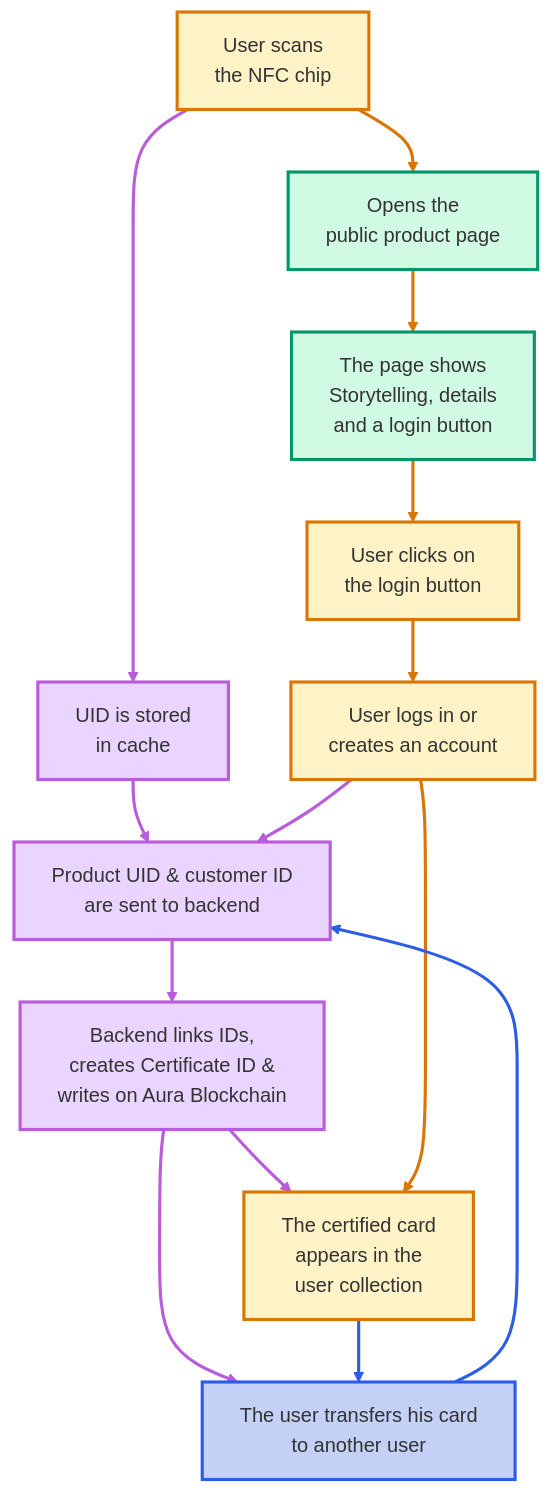
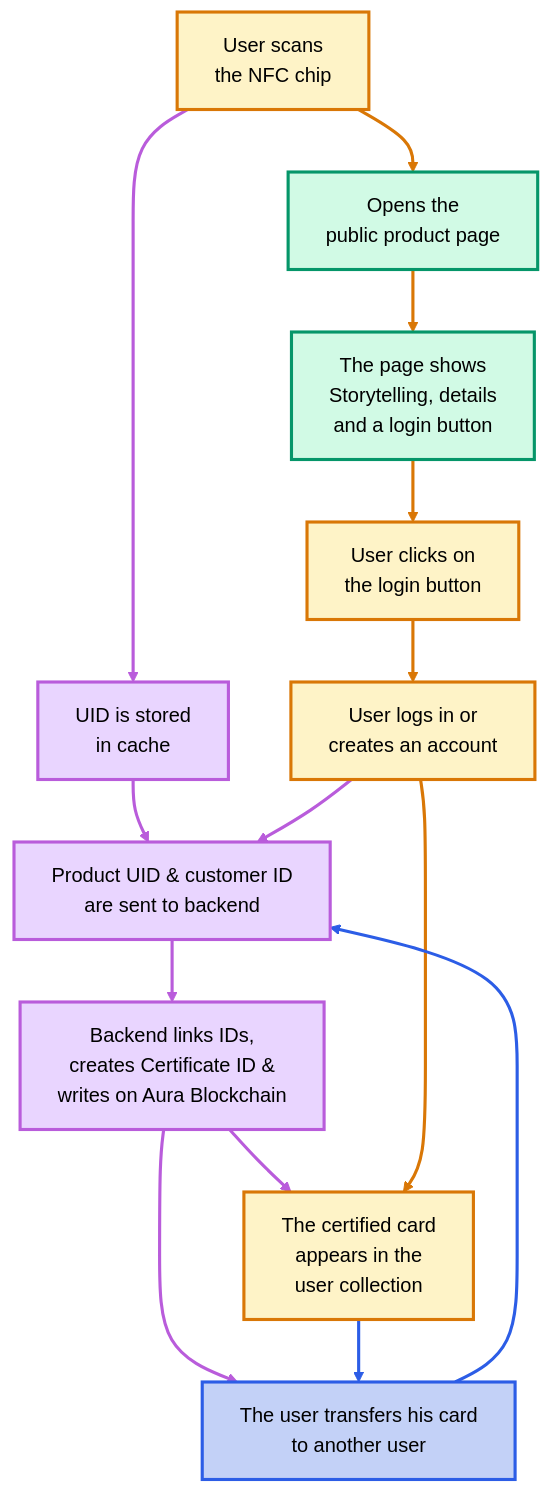
Before and after one commit to Vincent-20-100/LVMH_Hackathon: the diagram in README.md, drawn with Mermaid.

Commit message:
Update README.md
Updated color property for class definitions in styles.

````diff
--- a/README.md
+++ b/README.md
@@ -36,34 +36,34 @@
 ```mermaid
 graph TD
     A[User scans<br>the NFC chip] --> B[Opens the<br>public product page] 
     B --> C["The page shows<br>Storytelling, details<br>and a login button"]
     C --> D["User clicks on<br>the login button"]
     D --> E["User logs in or<br>creates an account"]
     A --> I[UID is stored<br>in cache]
     I --> F
     E --> F["Product UID & customer ID<br>are sent to backend"]
     F --> G[Backend links IDs,<br>creates Certificate ID &<br>writes on Aura Blockchain]
     G --> H[The certified card<br>appears in the<br>user collection]
     G --> J
     E --> H
     J --> F
     H --> J[The user transfers his card<br>to another user]
 
     %% ──────────────────────────────────────────────
     %% Styles
-    classDef public    fill:#d1fae5,stroke:#059669,stroke-width:2.5px
-    classDef user      fill:#fef3c7,stroke:#d97706,stroke-width:2.5px
-    classDef backend   fill:#e9d5ff,stroke:#b95cdb,stroke-width:2.5px
-    classDef newuser   fill:#c3d1f7,stroke:#2c5de6,stroke-width:2.5px
+    classDef public    fill:#d1fae5,stroke:#059669,stroke-width:2.5px,color:#000
+    classDef user      fill:#fef3c7,stroke:#d97706,stroke-width:2.5px,color:#000
+    classDef backend   fill:#e9d5ff,stroke:#b95cdb,stroke-width:2.5px,color:#000
+    classDef newuser   fill:#c3d1f7,stroke:#2c5de6,stroke-width:2.5px,color:#000
 
     class B,C public
     class A,D,E,H user
     class F,G,I backend
     class J newuser
 
     %% ──────────────────────────────────────────────
     %% user flow = orange     /     backend flow = violet
     linkStyle 0,1,2,3,10 stroke:#d97706,stroke-width:2.5px
     linkStyle 4,5,6,7,8,9   stroke:#b95cdb,stroke-width:2.5px
     linkStyle 11,12        stroke:#2c5de6,stroke-width:2.5px
 ```
````
